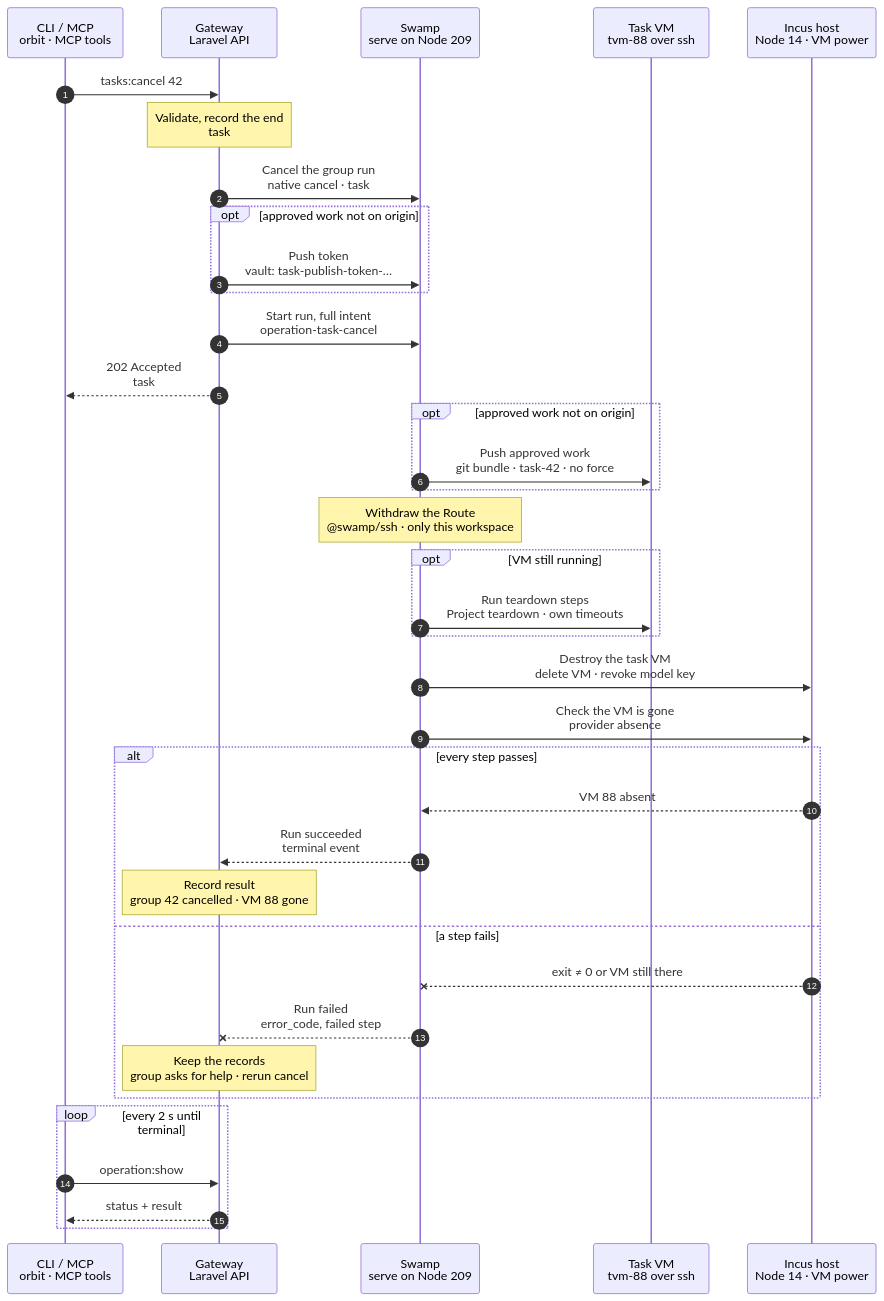
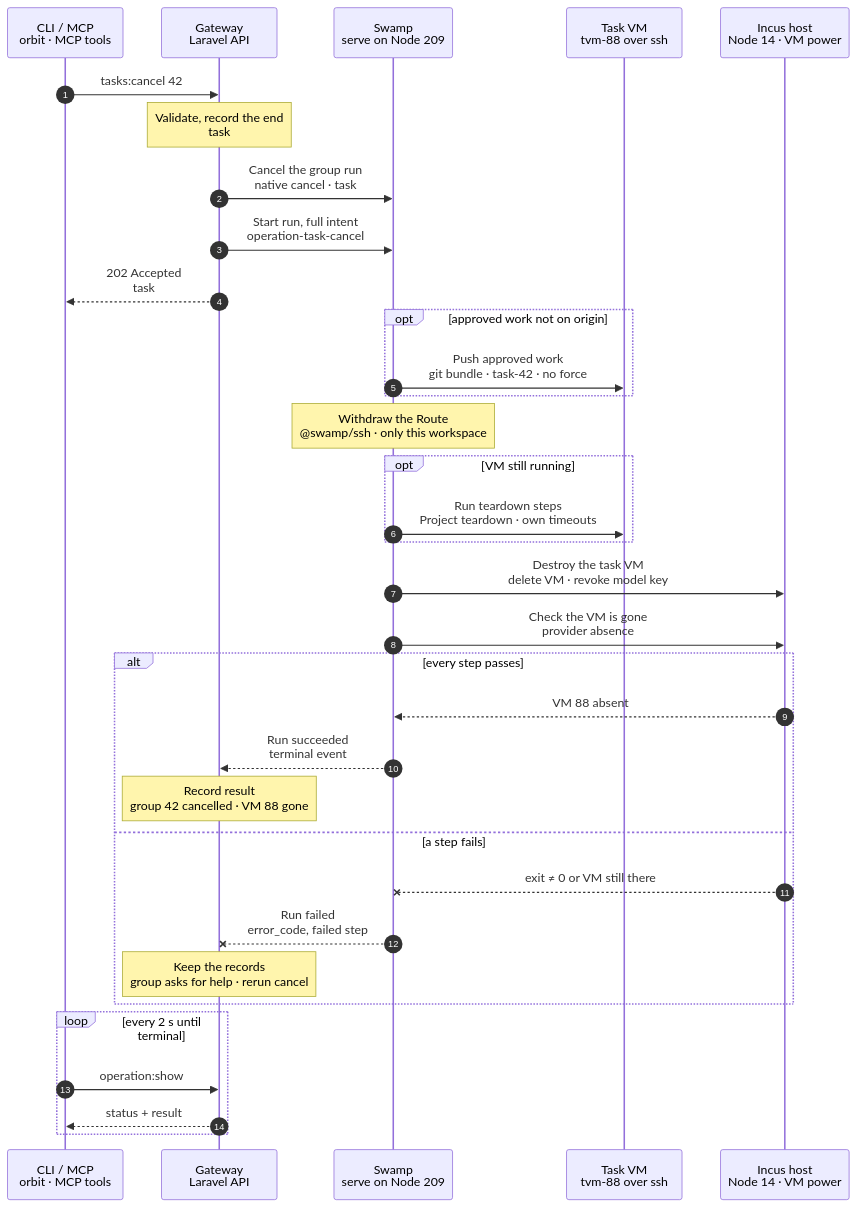
Before and after one commit to hardimpactdev/orbit: the diagram in docs/cli/tasks/cancel.mmd, drawn with Mermaid. The commit also changed 18 other files, not shown here.

First line of the commit message:
tasks: mint the pull request step and approved push tokens at their step

```diff
--- a/docs/cli/tasks/cancel.mmd
+++ b/docs/cli/tasks/cancel.mmd
@@ -1,127 +1,121 @@
 sequenceDiagram
-  %% Target design: ADR 0244 (one task:cancel; ending a group with cleanup is its own action kind), docs/reference/tasks.md "Cancel a stuck task", DECISIONS R2-R4, flow-design-decisions 1 (token minted at admission).
+  %% Target design: ADR 0244 (one task:cancel; ending a group with cleanup is its own action kind), docs/reference/tasks.md "Cancel a stuck task", DECISIONS R2-R4, Nick 2026-11-06: the push step mints its token when it runs, and a task VM never holds a GitHub credential.
   %% Tightened: flow-tighten 2026-11-02, rules 16, 20 (no power read first: each guest step carries a guard on the VM's power, and the delete is safe to repeat).
   %% status: draft
   %% command: tasks:cancel
   %% kind: tasks.cancel
   autonumber
   %% lane CLI icon=terminal pill=caller tone=gray
   %% lane GW icon=gateway pill=intent tone=blue
   %% lane SW icon=workflow pill=executes tone=green
   %% lane VM icon=server pill=target tone=amber
   %% lane H icon=server pill=target tone=purple
   participant CLI as CLI / MCP<br/>orbit · MCP tools
   participant GW as Gateway<br/>Laravel API
   participant SW as Swamp<br/>serve on Node 209
   participant VM as Task VM<br/>tvm-88 over ssh
   participant H as Incus host<br/>Node 14 · VM power
   CLI->>GW: tasks:cancel 42
   %%> Command:
   %%> - `orbit tasks:cancel 42 --yes`
   %%> - syntax: `[group] [--yes] [--json]`
   %%> Input:
   %%> - the task group id; omitting it uses the standard selector
   %%> Confirmation:
   %%> - without `--yes`, the CLI first asks to cancel group 42 and remove its task VM; the default is No
   %%> Also:
   %%> - `tasks:complete 42` admits the same ending when its pull request merged or closed; the group then ends `completed`
   %%> Who can call it:
   %%> - the `orbit` CLI and the MCP tool `tasks-cancel` send the same request
   Note over GW: Validate, record the end<br/>task #5141 · group 42 ending
   %%> Requirements:
   %%> - your Node has Gateway access, and the Tasks extension is on
   %%> - group 42 is not `completed`, and not `settling` with a pull request (complete it instead)
   %%> - no other ending task holds `task_group:42`
   %%> Result:
   %%> - task #5141 recorded with the full intent: VM 88, Node 14, the workspace, its Route, the teardown steps and the last approved commit
   %%> - a group with no workspace ends `cancelled` at once, with no run (R1)
   GW->>SW: Cancel the group run<br/>native cancel · task #5140
   %%> What it does:
   %%> - cancels the group's root task; Swamp cancels its running Pi turn or check and tears down their SSH sessions
   %%> Busy:
   %%> - the Gateway waits briefly for the terminal event within the budget; a run that does not end returns `operation.target_busy`, and nothing changes
-  opt approved work not on origin
-    GW->>SW: Push token<br/>vault: task-publish-token-…
-    %%> When:
-    %%> - a subtask was approved but its commit was never pushed
-    %%> Why:
-    %%> - this run is short, so the Gateway mints the token at admission and writes it to the vault
-  end
   GW->>SW: Start run, full intent<br/>operation-task-cancel
   %%> What it does:
   %%> - starts one Swamp run on serve (Node 209)
   %%> Inputs:
   %%> - VM 88, Node 14, the checkout path and its SSH host key; the SSH identity comes from the `swamp` role
   GW-->>CLI: 202 Accepted<br/>task #5141
   %%> What you get:
   %%> - the task number and a compact input summary; the full execution plan stays in the Gateway
   %%> Next:
   %%> - the CLI follows the task with `operation:show`
   opt approved work not on origin
     SW->>VM: Push approved work<br/>git bundle · task-42 · no force
     %%> What it does:
     %%> - exports the approved commit as a Git bundle and pushes it from 209, so you can open a pull request from `task-42`
+    %%> - admission names the vault key of the push token; the push step asks the Gateway for the token (`operation:direct:github-token`) right before the push, and the VM never holds it
     %%> - uncommitted changes are never pushed
     %%> If it fails:
     %%> - the run stops before any removal, so the work stays in the VM
     %%> Guard:
     %%> - runs only while VM 88 runs; guest steps never run on a stopped VM, so no power read runs first
   end
   Note over SW: Withdraw the Route<br/>@swamp/ssh · only this workspace
   %%> When:
   %%> - only when one Route targets this workspace alone; a shared or foreign Route refuses the end
   %%> What it does:
   %%> - removes the Route's Caddy site on its Node before the VM goes
   opt VM still running
     SW->>VM: Run teardown steps<br/>Project teardown · own timeouts
     %%> When:
     %%> - a `guard` on the provider's power state: only while VM 88 runs; a stopped VM skips guest teardown
     %%> How:
     %%> - each command writes its output to a file on the VM; `output_copy` downloads them and `output` keeps a redacted 4 KiB tail of each, so raw output never reaches native history
   end
   SW->>H: Destroy the task VM<br/>delete VM · revoke model key
   %%> What it does:
   %%> - deletes VM 88 and revokes its model key
   %%> Per provider:
   %%> - Incus: `incus delete` on Node 14 over SSH
   %%> - UpCloud overflow: the UpCloud API from 209
   %%> Guard:
   %%> - skipped when the task has no VM, or when the Route is not withdrawn; the check below then reads the VM as not destroyed and the run fails
   SW->>H: Check the VM is gone<br/>provider absence
   %%> Why:
   %%> - the VM only counts as removed when the provider no longer has it
   alt every step passes
     H-->>SW: VM 88 absent
     %%> Returns:
     %%> - the check passed
     SW-->>GW: Run succeeded<br/>terminal event
     %%> How the Gateway learns it:
     %%> - its shared run reader sees the terminal event; Swamp never calls the Gateway
     Note over GW: Record result<br/>group 42 cancelled · VM 88 gone
     %%> Result:
     %%> - group 42 and its open subtasks are `cancelled`; comments, threads and transcripts stay as history
     %%> - the workspace Instance, its Route record, VM 88 and the `tvm-88` Node record are removed
     %%> - task #5141 succeeds
   else a step fails
     H--xSW: exit ≠ 0 or VM still there
     %%> When:
     %%> - the push, Route withdrawal, teardown or deletion fails
     SW--xGW: Run failed<br/>error_code, failed step
     %%> The Gateway reads:
     %%> - which step failed and its error code
     Note over GW: Keep the records<br/>group asks for help · rerun cancel
     %%> Result:
     %%> - task #5141 fails; group 42 keeps its status, its workspace and VM 88, and asks for `removal_failure` assistance
     %%> On the Node:
     %%> - steps done before the failure stay; there is no rollback
     %%> Retry:
     %%> - run `tasks:cancel 42` again after fixing the cause; it is a new task, and done steps find nothing left to do
   end
   loop every 2 s until terminal
     CLI->>GW: operation:show #5141
     %%> What it does:
     %%> - asks for the task's status every 2 seconds until it has ended
     GW-->>CLI: status + result
     %%> Returns:
     %%> - the current status, and the result once the task has ended
   end
```
